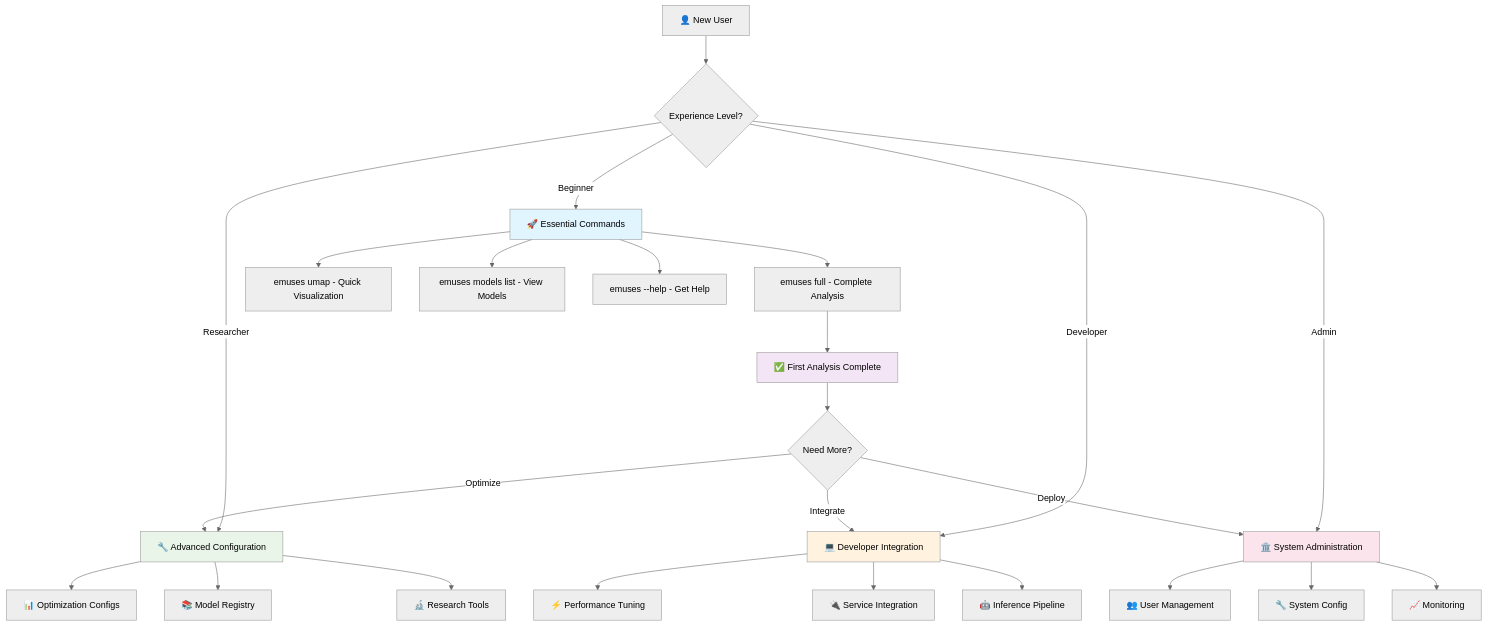
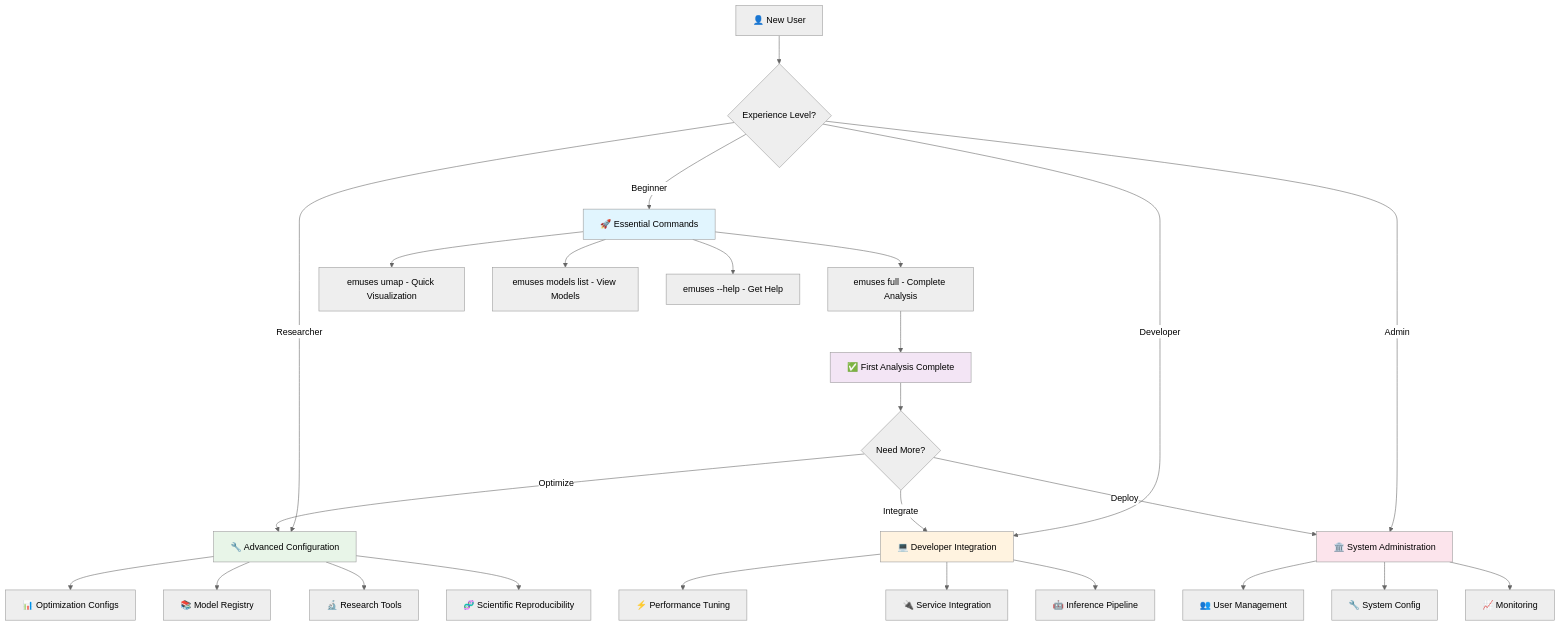
The diagram in docs/CLI_REFERENCE.md (chrisfoulon/emuses), drawn with Mermaid (neutral theme) before and after one commit. The commit also changed other lines of this file and 5 other files, not shown here.

````diff
--- a/docs/CLI_REFERENCE.md
+++ b/docs/CLI_REFERENCE.md
@@ -9,38 +9,39 @@
 ```mermaid
 graph TD
     A[👤 New User] --> B{Experience Level?}
     B -->|Beginner| C[🚀 Essential Commands]
     B -->|Researcher| D[🔧 Advanced Configuration] 
     B -->|Developer| E[💻 Developer Integration]
     B -->|Admin| F[🏛️ System Administration]
     
     C --> C1[emuses full - Complete Analysis]
     C --> C2[emuses umap - Quick Visualization]
     C --> C3[emuses models list - View Models]
     C --> C4[emuses --help - Get Help]
     
     C1 --> G[✅ First Analysis Complete]
     
     D --> D1[📊 Optimization Configs]
     D --> D2[📚 Model Registry]
     D --> D3[🔬 Research Tools]
+    D --> D4[🧬 Scientific Reproducibility]
     
     E --> E1[⚡ Performance Tuning]
     E --> E2[🔌 Service Integration]
     E --> E3[🤖 Inference Pipeline]
     
     F --> F1[👥 User Management]
     F --> F2[🔧 System Config]
     F --> F3[📈 Monitoring]
     
     G --> H{Need More?}
     H -->|Optimize| D
     H -->|Integrate| E
     H -->|Deploy| F
     
     style C fill:#e1f5fe
     style D fill:#e8f5e8  
     style E fill:#fff3e0
     style F fill:#fce4ec
     style G fill:#f3e5f5
 ```
````
